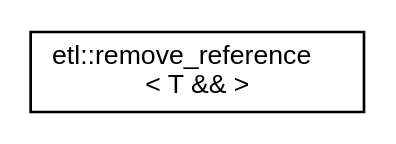
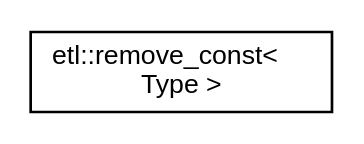
The diagram in inherit_graph_56.dot (tobanteAudio/taetl), drawn with Graphviz before and after one commit. The commit also changed 172 other files, not shown here.

```diff
--- a/inherit_graph_56.dot
+++ b/inherit_graph_56.dot
@@ -1,7 +1,7 @@
 digraph "Graphical Class Hierarchy"
 {
   edge [fontname="Helvetica",fontsize="10",labelfontname="Helvetica",labelfontsize="10"];
   node [fontname="Helvetica",fontsize="10",shape=record];
   rankdir="LR";
-  Node0 [label="etl::remove_reference\l\< T && \>",height=0.2,width=0.4,color="black", fillcolor="white", style="filled",URL="$structetl_1_1remove__reference_3_01T_01_6_6_01_4.html"];
+  Node0 [label="etl::remove_const\<\l Type \>",height=0.2,width=0.4,color="black", fillcolor="white", style="filled",URL="$structetl_1_1remove__const.html"];
 }
```
